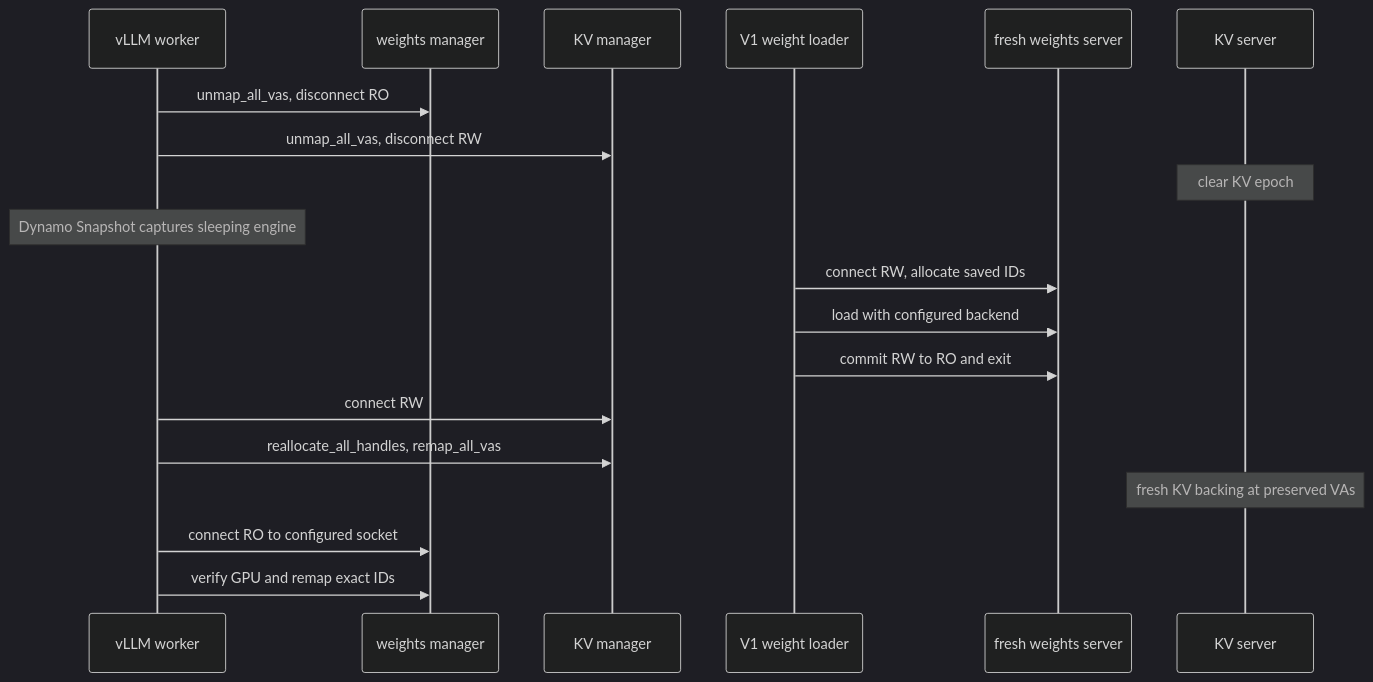
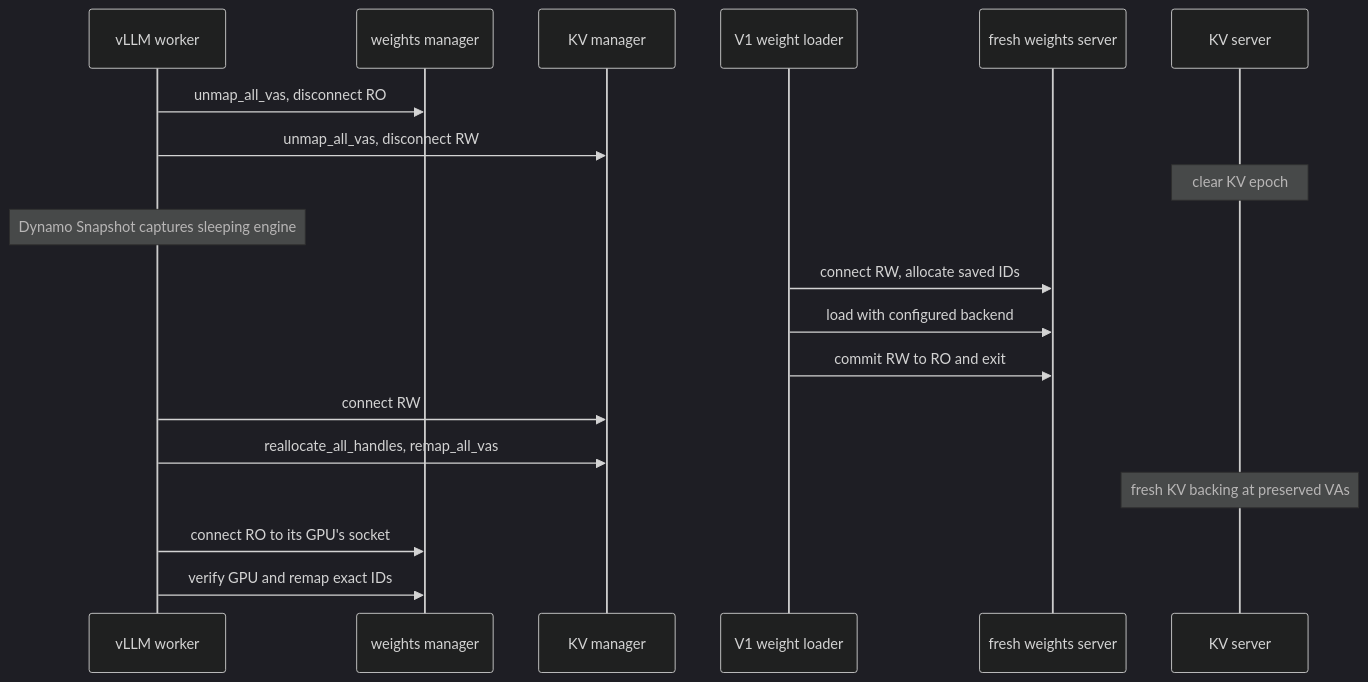
The diagram in lib/gpu_memory_service/v1/README.md (AnishDelft/dynamo), drawn with Mermaid (dark theme) before and after one commit. The commit also changed other lines of this file and 13 other files, not shown here.

````diff
--- a/lib/gpu_memory_service/v1/README.md
+++ b/lib/gpu_memory_service/v1/README.md
@@ -192,23 +192,23 @@
 ```mermaid
 sequenceDiagram
     participant W as vLLM worker
     participant WM as weights manager
     participant KM as KV manager
     participant L as V1 weight loader
     participant WS as fresh weights server
     participant KS as KV server
 
     W->>WM: unmap_all_vas, disconnect RO
     W->>KM: unmap_all_vas, disconnect RW
     Note over KS: clear KV epoch
     Note over W: Dynamo Snapshot captures sleeping engine
 
     L->>WS: connect RW, allocate saved IDs
     L->>WS: load with configured backend
     L->>WS: commit RW to RO and exit
     W->>KM: connect RW
     W->>KM: reallocate_all_handles, remap_all_vas
     Note over KS: fresh KV backing at preserved VAs
-    W->>WM: connect RO to configured socket
+    W->>WM: connect RO to its GPU's socket
     W->>WM: verify GPU and remap exact IDs
 ```
````
